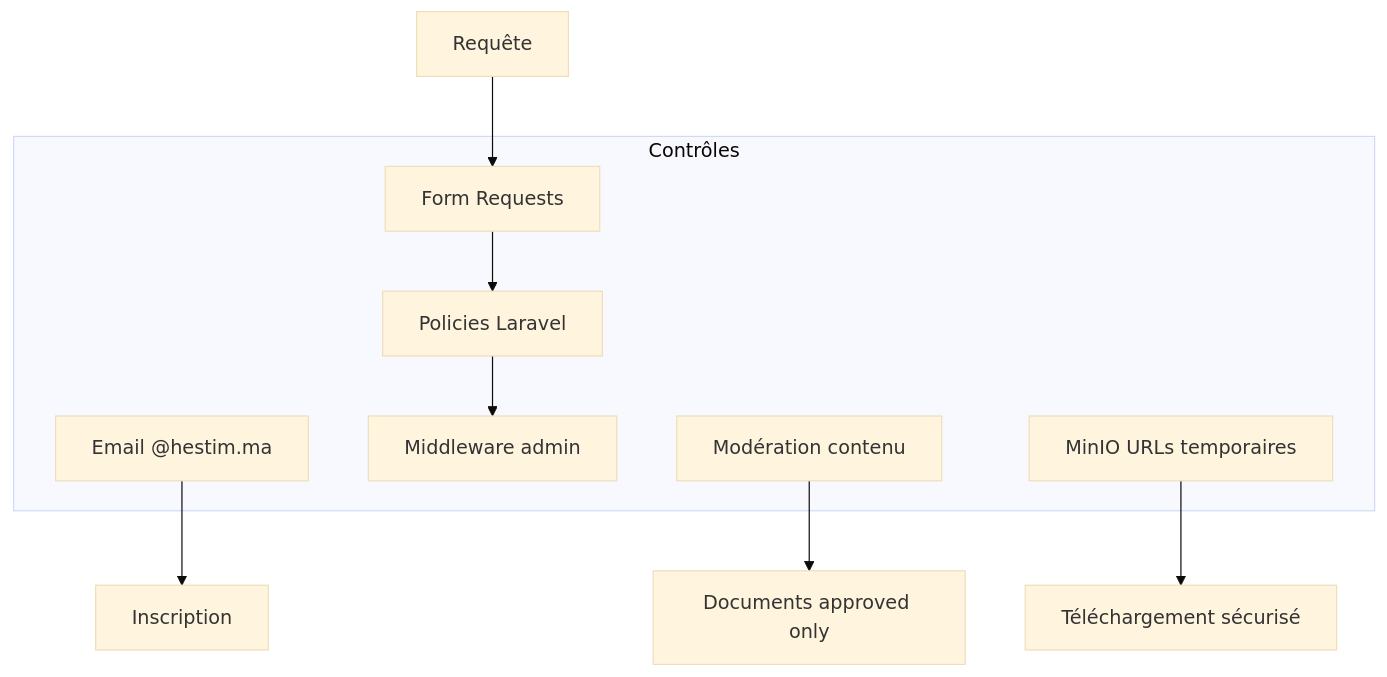
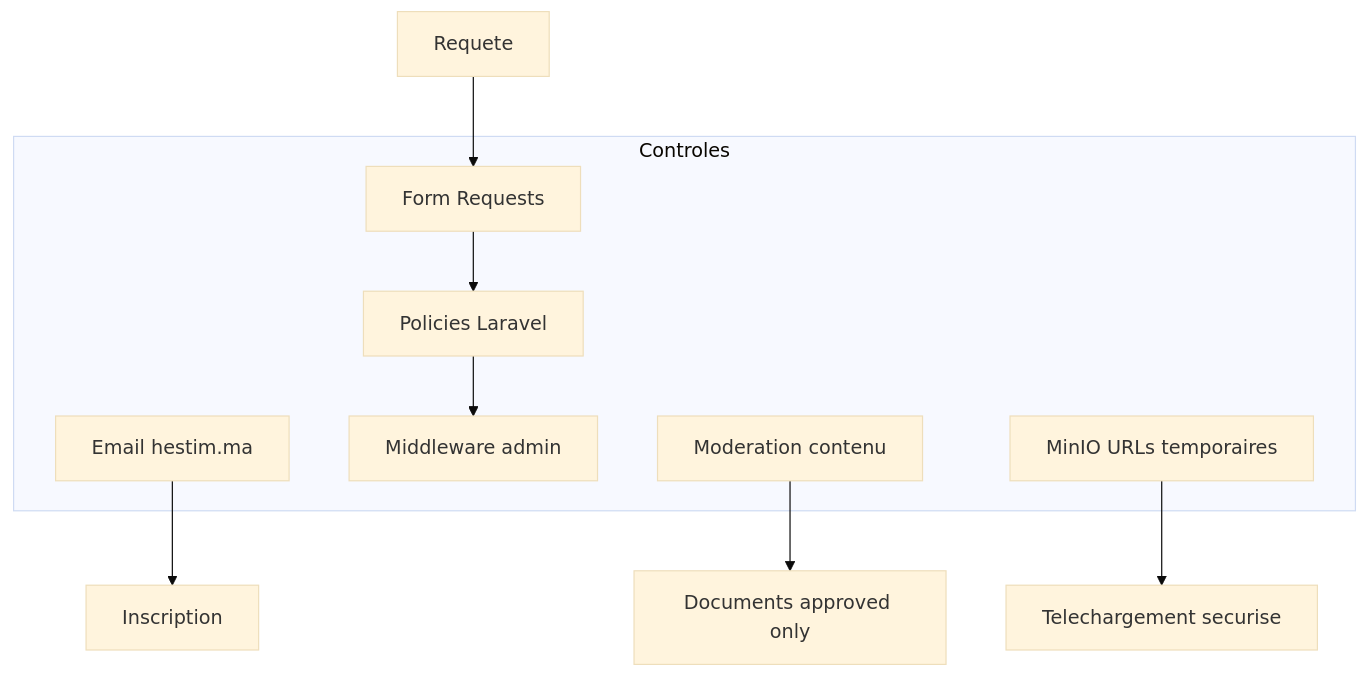
Diagram 13 of 15 in docs/RAPPORT.md (Claude20022002/StudyLib), drawn with Mermaid (base theme) before and after one commit. The commit also changed other lines of this file, not shown here.

Commit message:
Update RAPPORT.md to enhance compatibility with GitHub by adjusting Mermaid diagram labels, standardizing terminology, and improving clarity in various sections, including functional modules and user flows.

````diff
--- a/docs/RAPPORT.md
+++ b/docs/RAPPORT.md
@@ -1642,18 +1659,18 @@
 ```mermaid
 flowchart TB
-    subgraph Contrôles
-        E1[Email @hestim.ma]
+    subgraph controles [Controles]
+        E1[Email hestim.ma]
         E2[Policies Laravel]
         E3[Form Requests]
         E4[Middleware admin]
-        E5[Modération contenu]
+        E5[Moderation contenu]
         E6[MinIO URLs temporaires]
     end
 
-    REQ[Requête] --> E3
+    REQ[Requete] --> E3
     E3 --> E2
     E2 --> E4
     E1 --> REG[Inscription]
     E5 --> DOC[Documents approved only]
-    E6 --> DL[Téléchargement sécurisé]
+    E6 --> DL[Telechargement securise]
 ```
````
